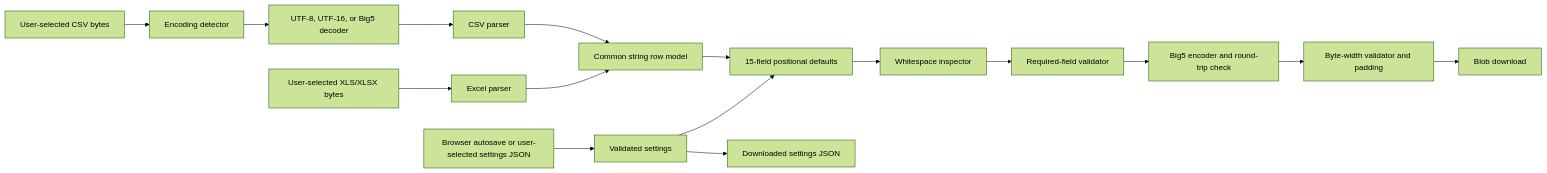
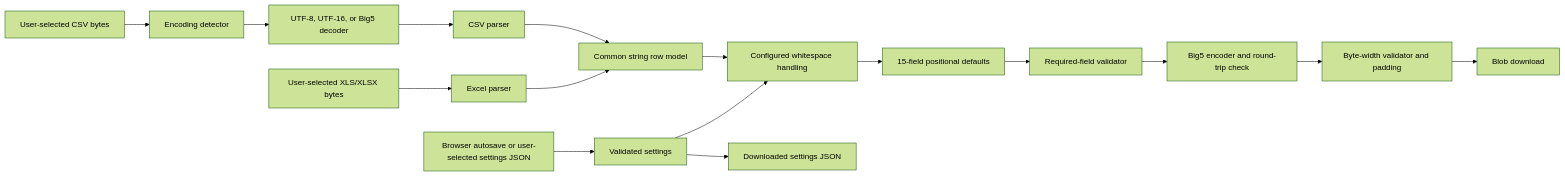
The diagram in docs/DESIGN.md (sleek874/csv2txt), drawn with Mermaid (forest theme) before and after one commit. The commit also changed other lines of this file and 27 other files, not shown here.

Commit message:
Finalize converter workflow and whitespace handling

````diff
--- a/docs/DESIGN.md
+++ b/docs/DESIGN.md
@@ -629,18 +692,18 @@
 ```mermaid
 flowchart LR
     A[User-selected CSV bytes] --> B[Encoding detector]
     B --> C[UTF-8, UTF-16, or Big5 decoder]
     C --> D[CSV parser]
     X[User-selected XLS/XLSX bytes] --> Y[Excel parser]
     D --> N[Common string row model]
     Y --> N
-    N --> E[15-field positional defaults]
-    S[Validated settings] --> E
-    E --> W[Whitespace inspector]
-    W --> F[Required-field validator]
+    N --> W[Configured whitespace handling]
+    S[Validated settings] --> W
+    W --> E[15-field positional defaults]
+    E --> F[Required-field validator]
     F --> G[Big5 encoder and round-trip check]
     G --> H[Byte-width validator and padding]
     H --> I[Blob download]
     L[Browser autosave or user-selected settings JSON] --> S
     S --> J[Downloaded settings JSON]
 ```
````
